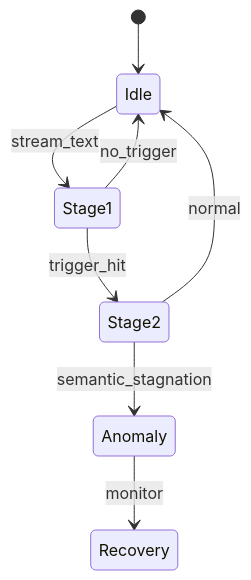
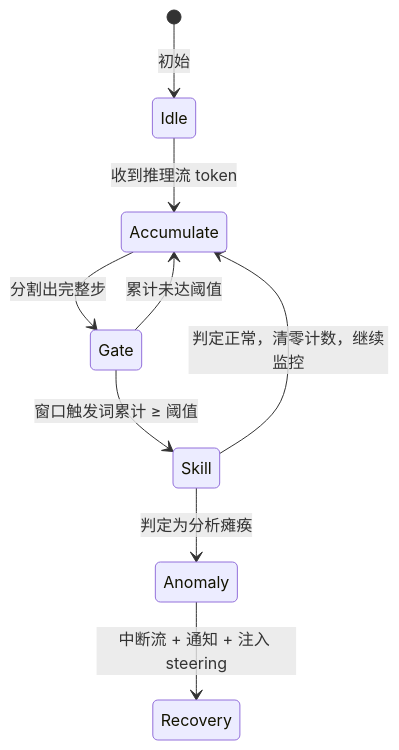
Before and after one commit to openeuler-mirror/agent-insight: the first of 9 diagrams in docs/agent-ras/designs/features/analysis-paralysis.md, drawn with Mermaid. The commit also changed other lines of this file and 9 other files, not shown here.

````diff
--- a/docs/agent-ras/designs/features/analysis-paralysis.md
+++ b/docs/agent-ras/designs/features/analysis-paralysis.md
@@ -80,10 +80,11 @@
 ```mermaid
 stateDiagram-v2
-  [*] --> Idle
-  Idle --> Stage1: stream_text
-  Stage1 --> Stage2: trigger_hit
-  Stage1 --> Idle: no_trigger
-  Stage2 --> Anomaly: semantic_stagnation
-  Stage2 --> Idle: normal
-  Anomaly --> Recovery: monitor
+  [*] --> Idle: 初始
+  Idle --> Accumulate: 收到推理流 token
+  Accumulate --> Gate: 分割出完整步
+  Gate --> Skill: 窗口触发词累计 ≥ 阈值
+  Gate --> Accumulate: 累计未达阈值
+  Skill --> Anomaly: 判定为分析瘫痪
+  Skill --> Accumulate: 判定正常，清零计数，继续监控
+  Anomaly --> Recovery: 中断流 + 通知 + 注入 steering
 ```
````
